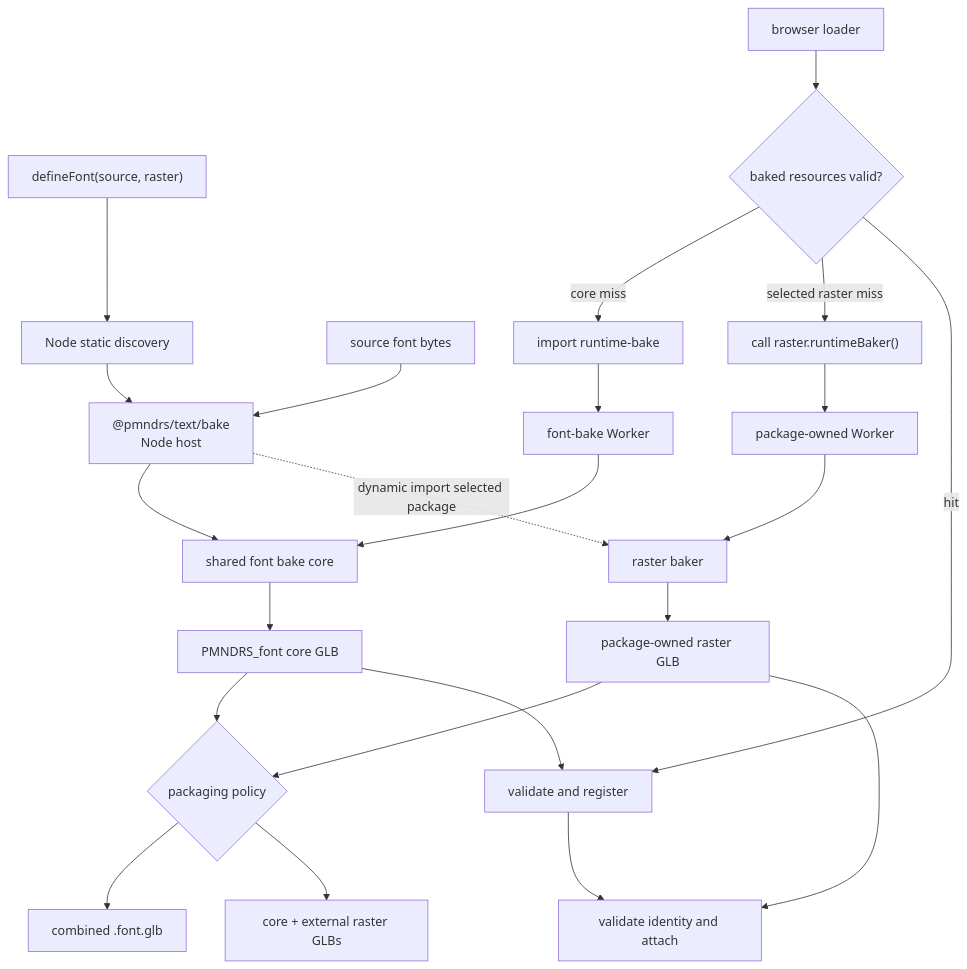
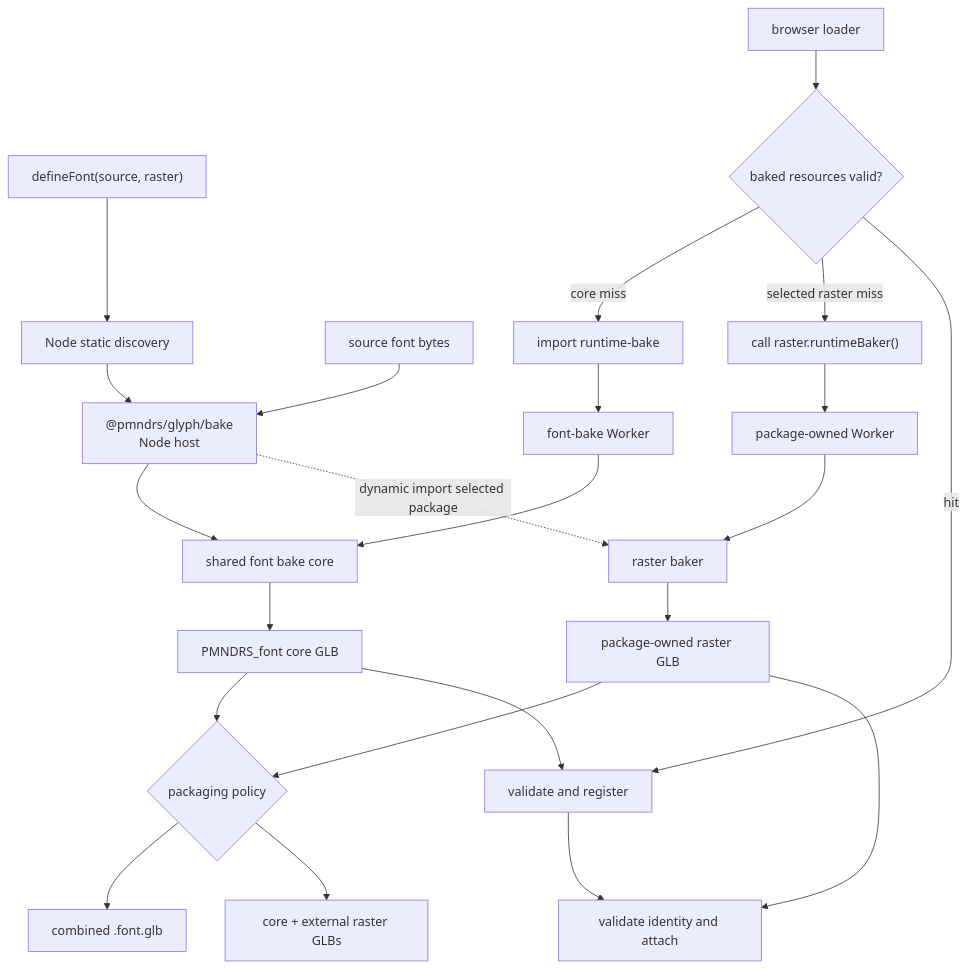
The second of 6 diagrams in docs/planning/architecture.md (alvarosabu/glyph), drawn with Mermaid before and after one commit. The commit also changed other lines of this file and 782 other files, not shown here.

Commit message:
refactor!: rename text package to glyph (#78)

````diff
--- a/docs/planning/architecture.md
+++ b/docs/planning/architecture.md
@@ -118,26 +118,26 @@
 ```mermaid
 flowchart TD
   Definition["defineFont(source, raster)"] --> Discovery["Node static discovery"]
-  Discovery --> NodeHost["@pmndrs/text/bake<br/>Node host"]
+  Discovery --> NodeHost["@pmndrs/glyph/bake<br/>Node host"]
   Source["source font bytes"] --> NodeHost
   NodeHost --> CoreBake["shared font bake core"]
   NodeHost -. "dynamic import selected package" .-> RasterBake["raster baker"]
   CoreBake --> CoreArtifact["PMNDRS_font core GLB"]
   RasterBake --> RasterArtifact["package-owned raster GLB"]
   CoreArtifact --> Package{"packaging policy"}
   RasterArtifact --> Package
   Package --> Combined["combined .font.glb"]
   Package --> Split["core + external raster GLBs"]
 
   Loader["browser loader"] --> Probe{"baked resources valid?"}
   Probe -->|"core miss"| CoreImport["import runtime-bake"]
   CoreImport --> CoreWorker["font-bake Worker"]
   CoreWorker --> CoreBake
   Probe -->|"selected raster miss"| RasterImport["call raster.runtimeBaker()"]
   RasterImport --> RasterWorker["package-owned Worker"]
   RasterWorker --> RasterBake
   Probe -->|"hit"| Register["validate and register"]
   CoreArtifact --> Register
   RasterArtifact --> Attach["validate identity and attach"]
   Register --> Attach
 ```
````
